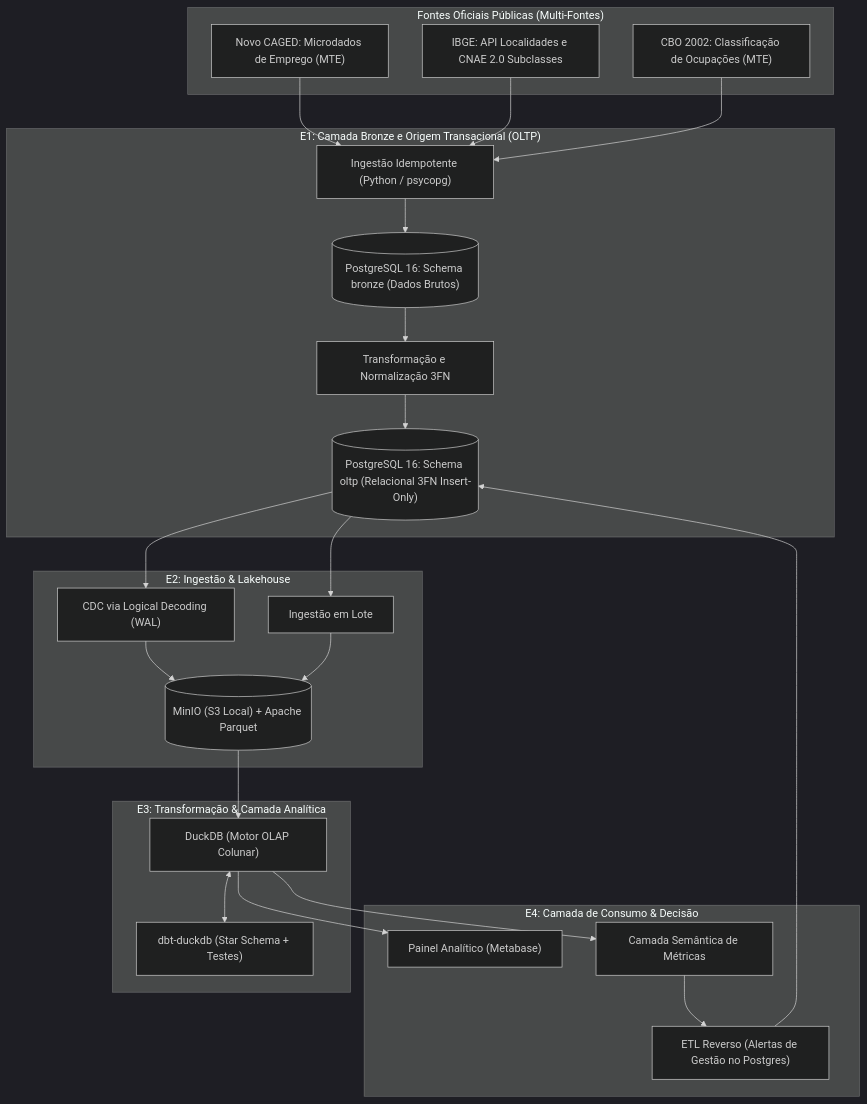
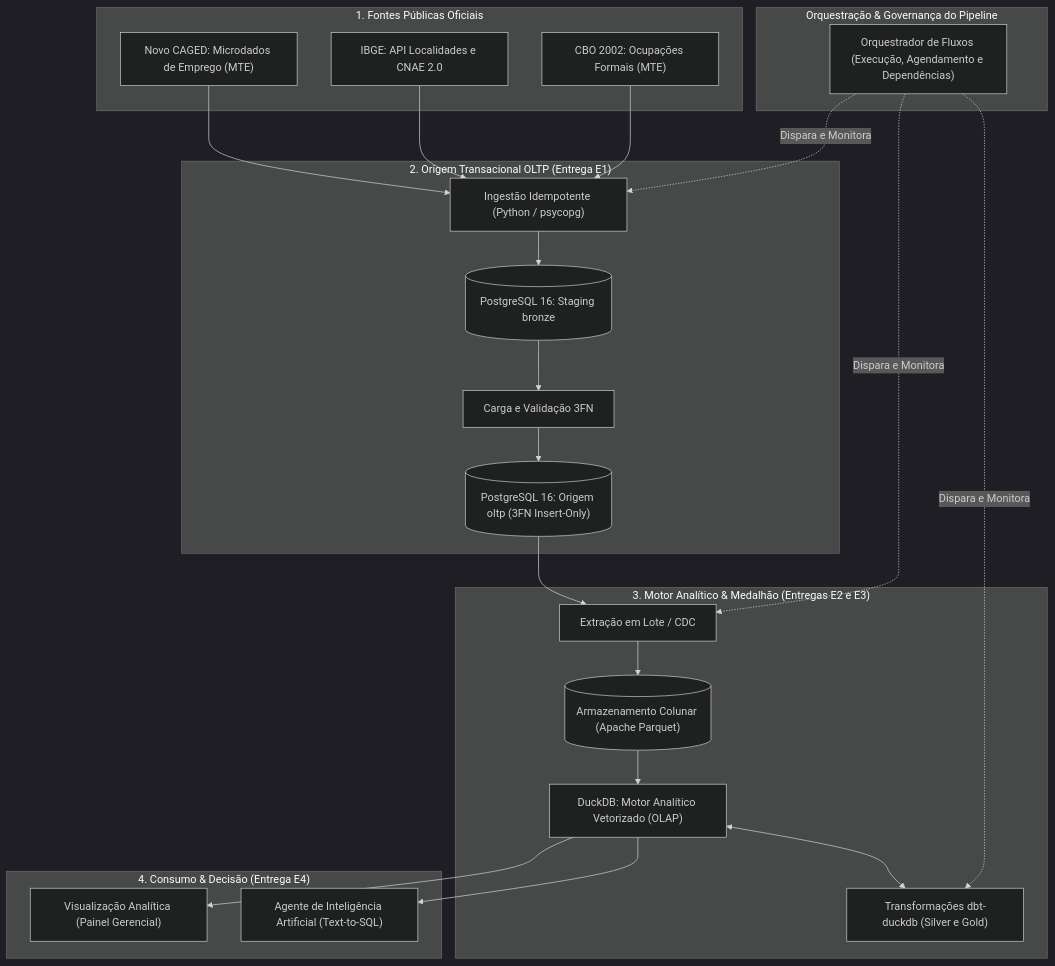
The diagram in docs/arquitetura.md (unb-bd2-2026-2-grupo-4/ProjetoIntegrado), drawn with Mermaid (dark theme) before and after one commit. The commit also changed other lines of this file, not shown here.

Commit message:
docs: ajustes na arquitetura para a entrega 1

````diff
--- a/docs/arquitetura.md
+++ b/docs/arquitetura.md
@@ -9,38 +11,40 @@
 ```mermaid
 flowchart TD
-    subgraph S0["Fontes Oficiais Públicas (Multi-Fontes)"]
+    subgraph S0["1. Fontes Públicas Oficiais"]
         A1["Novo CAGED: Microdados de Emprego (MTE)"]
-        A2["IBGE: API Localidades e CNAE 2.0 Subclasses"]
-        A3["CBO 2002: Classificação de Ocupações (MTE)"]
+        A2["IBGE: API Localidades e CNAE 2.0"]
+        A3["CBO 2002: Ocupações Formais (MTE)"]
     end
 
-    subgraph S1["E1: Camada Bronze e Origem Transacional (OLTP)"]
+    subgraph S1["2. Origem Transacional OLTP (Entrega E1)"]
         B1["Ingestão Idempotente (Python / psycopg)"]
-        B2[("PostgreSQL 16: Schema bronze (Dados Brutos)")]
-        B3["Transformação e Normalização 3FN"]
-        B4[("PostgreSQL 16: Schema oltp (Relacional 3FN Insert-Only)")]
+        B2[("PostgreSQL 16: Staging bronze")]
+        B3["Carga e Validação 3FN"]
+        B4[("PostgreSQL 16: Origem oltp (3FN Insert-Only)")]
     end
 
-    subgraph S2["E2: Ingestão & Lakehouse"]
-        C1["CDC via Logical Decoding (WAL)"]
-        C2["Ingestão em Lote"]
-        C3[("MinIO (S3 Local) + Apache Parquet")]
+    subgraph S2["3. Motor Analítico & Medalhão (Entregas E2 e E3)"]
+        C1["Extração em Lote / CDC"]
+        C2[("Armazenamento Colunar (Apache Parquet)")]
+        C3["DuckDB: Motor Analítico Vetorizado (OLAP)"]
+        C4["Transformações dbt-duckdb (Silver e Gold)"]
     end
 
-    subgraph S3["E3: Transformação & Camada Analítica"]
-        D1["DuckDB (Motor OLAP Colunar)"]
-        D2["dbt-duckdb (Star Schema + Testes)"]
+    subgraph S3["4. Consumo & Decisão (Entrega E4)"]
+        D1["Visualização Analítica (Painel Gerencial)"]
+        D2["Agente de Inteligência Artificial (Text-to-SQL)"]
     end
 
-    subgraph S4["E4: Camada de Consumo & Decisão"]
-        E1["Painel Analítico (Metabase)"]
-        E2["Camada Semântica de Métricas"]
-        E3["ETL Reverso (Alertas de Gestão no Postgres)"]
+    subgraph S_ORQ["Orquestração & Governança do Pipeline"]
+        O1["Orquestrador de Fluxos (Execução, Agendamento e Dependências)"]
     end
 
     A1 & A2 & A3 --> B1 --> B2 --> B3 --> B4
-    B4 --> C1 & C2 --> C3
-    C3 --> D1 <--> D2
-    D1 --> E1 & E2
-    E2 --> E3 --> B4
+    B4 --> C1 --> C2 --> C3
+    C3 <--> C4
+    C3 --> D1 & D2
+
+    O1 -. "Dispara e Monitora" .-> B1
+    O1 -. "Dispara e Monitora" .-> C1
+    O1 -. "Dispara e Monitora" .-> C4
 ```
````
